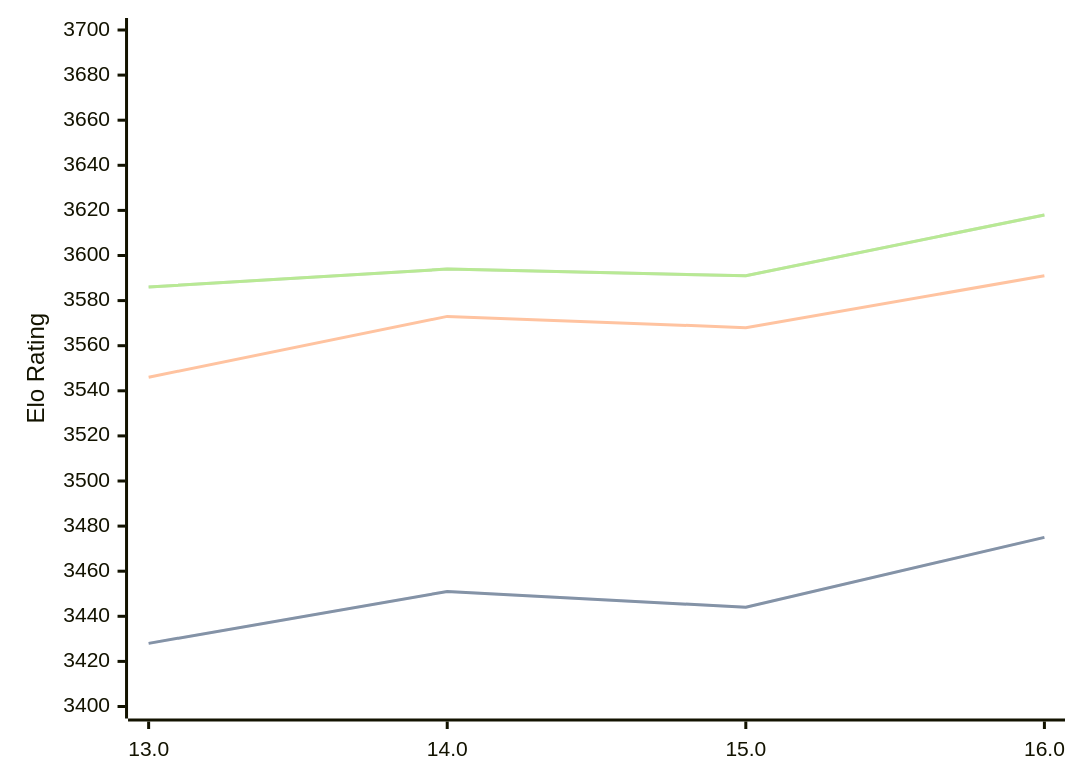
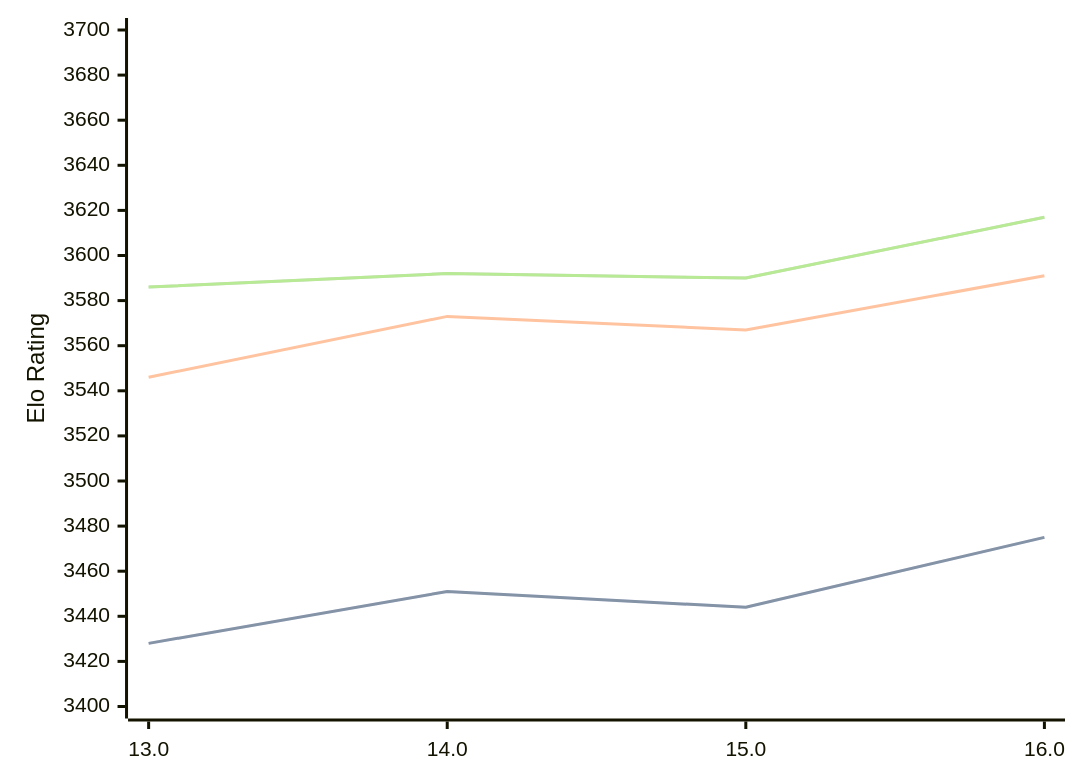
Before and after one commit to computer-chess-index/cci: the diagram in engines/Obsidian.md, drawn with Mermaid. The commit also changed other lines of this file, not shown here.

Commit message:
Update CCI Ratings (ELO VLTC) - 2026-03-17

````diff
--- a/engines/Obsidian.md
+++ b/engines/Obsidian.md
@@ -41,11 +41,11 @@
 ```mermaid
 %%{init: {"theme":"base","themeVariables":{"seriesColors:['#a3a3a3','#222221','#faa371']}}}%%
 xychart-beta
   x-axis ["13.0", "14.0", "15.0", "16.0"]
   y-axis "Elo Rating" 3400 --> 3700
   line "STC (8.0+0.08s)" [3428, 3451, 3444, 3475]
   line "STC (8.0+0.08s)" [3428, 3451, 3444, 3475]
-  line "LTC (60.0+0.60s)" [3546, 3573, 3568, 3591]
-  line "VLTC (2m24s+1.12s)" [3586, 3594, 3591, 3618]
-  line "VLTC (2m24s+1.12s)" [3586, 3594, 3591, 3618]
+  line "LTC (60.0+0.60s)" [3546, 3573, 3567, 3591]
+  line "VLTC (2m24s+1.12s)" [3586, 3592, 3590, 3617]
+  line "VLTC (2m24s+1.12s)" [3586, 3592, 3590, 3617]
 ```
````
